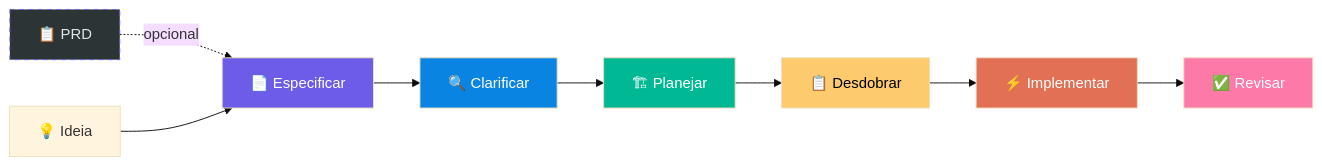
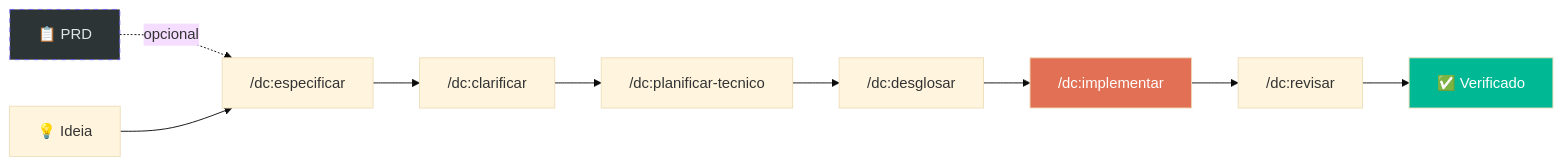
One commit to doncheli/don-cheli-sdd changed the diagram in README.pt.md. Above: the diagram before and after it, drawn with Mermaid (base theme). The commit also changed other lines of this file and 2 other files, not shown here.

````diff
--- a/README.pt.md
+++ b/README.pt.md
@@ -163,18 +75,15 @@
 ```mermaid
 flowchart LR
     P["📋 PRD"] -.->|opcional| B
-    A["💡 Ideia"] --> B["📄 Especificar"]
-    B --> C["🔍 Clarificar"]
-    C --> D["🏗 Planejar"]
-    D --> E["📋 Desdobrar"]
-    E --> F["⚡ Implementar"]
-    F --> G["✅ Revisar"]
+    A["💡 Ideia"] --> B["/dc:especificar"]
+    B --> C["/dc:clarificar"]
+    C --> D["/dc:planificar-tecnico"]
+    D --> E["/dc:desglosar"]
+    E --> F["/dc:implementar"]
+    F --> G["/dc:revisar"]
+    G --> H["✅ Verificado"]
 
     style P fill:#2d3436,color:#dfe6e9,stroke:#6c5ce7,stroke-dasharray: 5 5
-    style B fill:#6c5ce7,color:#fff
-    style C fill:#0984e3,color:#fff
-    style D fill:#00b894,color:#fff
-    style E fill:#fdcb6e,color:#000
     style F fill:#e17055,color:#fff
-    style G fill:#fd79a8,color:#fff
+    style H fill:#00b894,color:#fff
 ```
````
